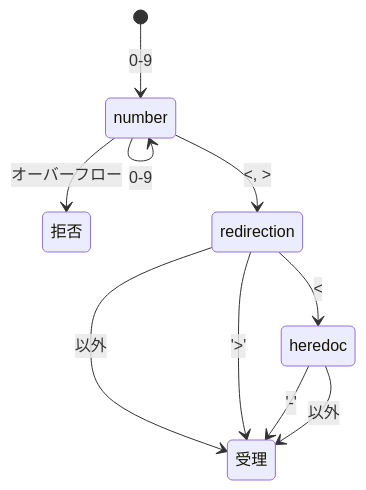
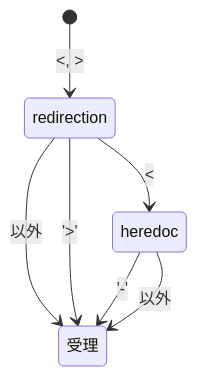
The fourth of 14 diagrams in docs/design_lexical_analyze.md (PalmNeko/minishell), drawn with Mermaid before and after one commit. The commit also changed other lines of this file, not shown here.

Commit message:
fix: update automaton

````diff
--- a/docs/design_lexical_analyze.md
+++ b/docs/design_lexical_analyze.md
@@ -89,12 +90,9 @@
 ```mermaid
 stateDiagram-v2
-	[*] --> number: 0-9
-	number --> number: 0-9
-	number --> 拒否: オーバーフロー
-	number --> redirection: <, >
+	[*] --> redirection: <, >
 	redirection --> 受理: 以外
 	redirection --> 受理: '>'
 	redirection --> heredoc: <
 	heredoc --> 受理: '-'
 	heredoc --> 受理: 以外
 ```
````
